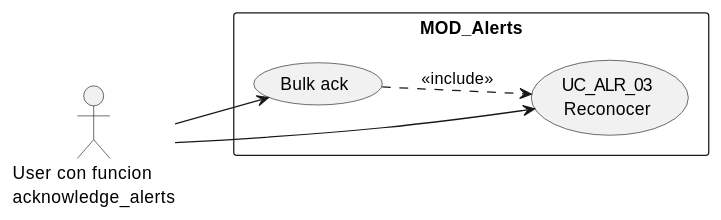
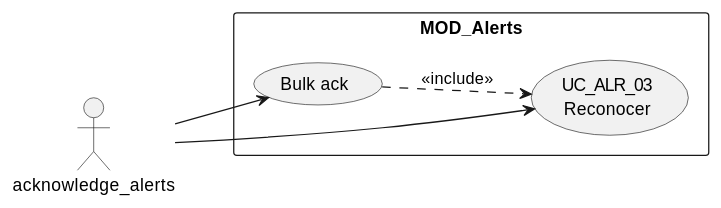
Before and after one commit to jcg-admin/IACT-docs: the first of 4 diagrams in source/requisitos/casos-uso/alerts/uc-alr-03/diagramas-uml.rst, drawn with PlantUML. The commit also changed other lines of this file and 77 other files, not shown here.

First line of the commit message:
Enforce RBAC function names as actors in all UML diagrams

```diff
--- a/source/requisitos/casos-uso/alerts/uc-alr-03/diagramas-uml.rst
+++ b/source/requisitos/casos-uso/alerts/uc-alr-03/diagramas-uml.rst
@@ -10,13 +10,13 @@
 .. uml::
 
  @startuml
  left to right direction
- actor "User con funcion\nacknowledge_alerts" as USR
+ actor "acknowledge_alerts" as USR
  rectangle "MOD_Alerts" {
    usecase "UC_ALR_03\nReconocer" as UC03
    usecase "Bulk ack" as BA
  }
  USR --> UC03
  USR --> BA
  BA ..> UC03 : <<include>>
  @enduml
```
